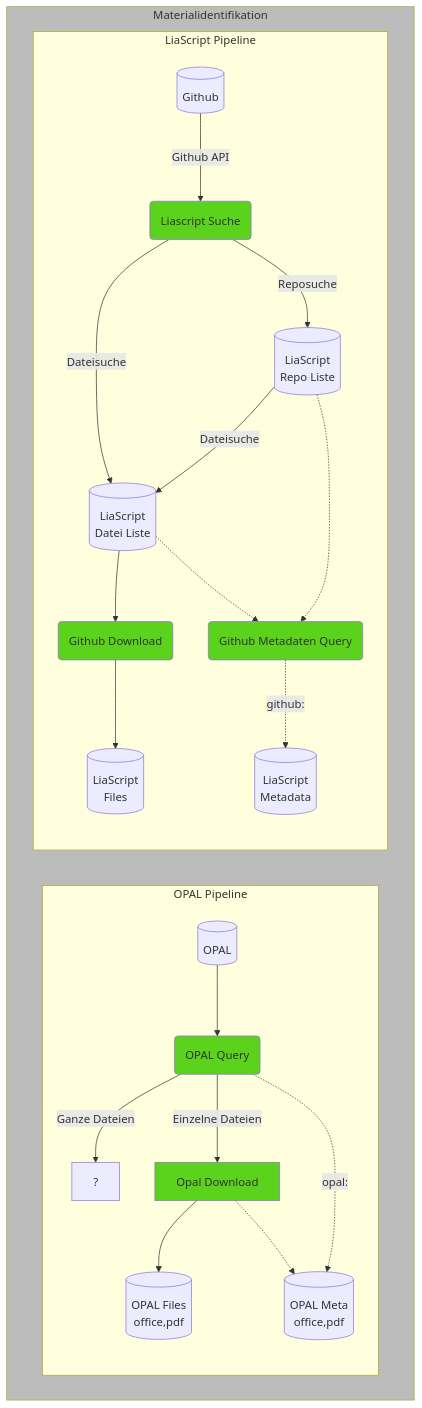
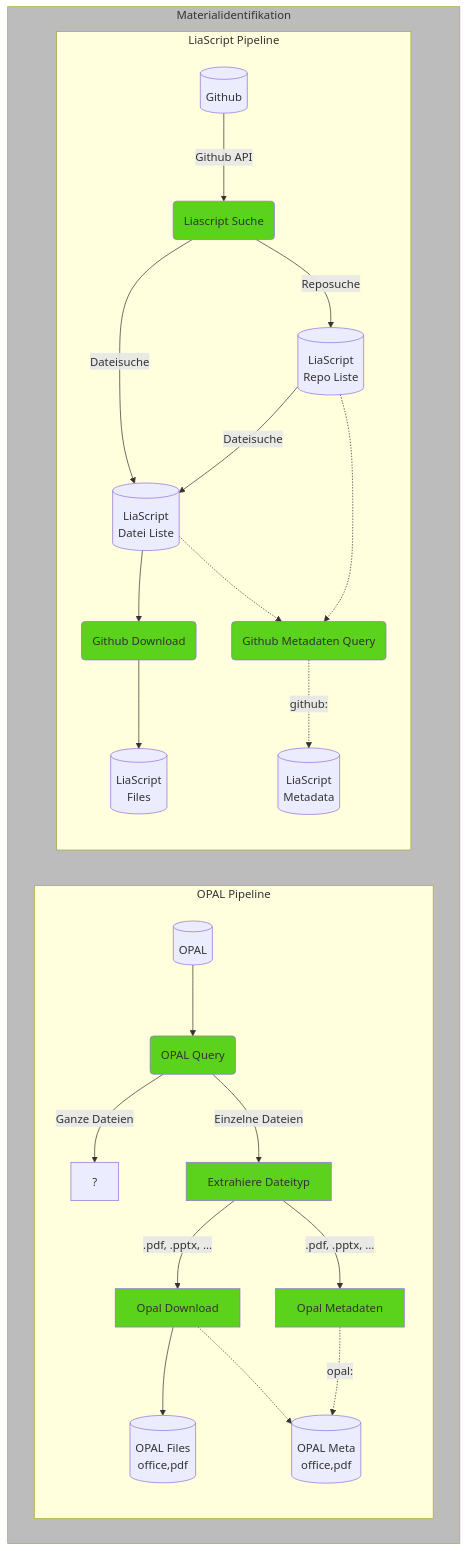
Before and after one commit to TUBAF-IFI-ConnectedLecturer/Data_aggregation: the diagram in README.md, drawn with Mermaid.

````diff
--- a/README.md
+++ b/README.md
@@ -47,37 +47,39 @@
 ```mermaid
 flowchart TD
 
     classDef green fill:#5bd21c
     classDef yellow fill:#ffd966
     classDef gray fill:#bcbcbc
 
     subgraph Materialidentifikation
     subgraph OPAL Pipeline  
     direction TB
     OPAL[(OPAL)] --> OPAL_QUERY(OPAL Query):::green
     OPAL_QUERY --> |Ganze  Dateien| OPAL_REPOS[?]
-    OPAL_QUERY --> |Einzelne Dateien| OPAL_DOWNLOAD[Opal Download]:::green
+    OPAL_QUERY --> |Einzelne Dateien| TYPE_FILTER[Extrahiere Dateityp]:::green
+    TYPE_FILTER -->  |.pdf, .pptx, ... | OPAL_DOWNLOAD[Opal Download]:::green
+    TYPE_FILTER -->  |.pdf, .pptx, ... | EXTRACT_OPAL_META[Opal Metadaten]:::green
     OPAL_DOWNLOAD -->  OPAL_FILES[(OPAL Files\noffice,pdf)]
     OPAL_DOWNLOAD -.->  OPAL_METADATA_FILES[(OPAL Meta\noffice,pdf)]
-    OPAL_QUERY -. opal: .->  OPAL_METADATA_FILES[(OPAL Meta\noffice,pdf)]
+    EXTRACT_OPAL_META -. opal: .->  OPAL_METADATA_FILES[(OPAL Meta\noffice,pdf)]
     end    
 
     subgraph LiaScript Pipeline
     direction TB
     LIA_IDENT(Liascript Suche)
     GITHUB[(Github)] --> |Github API| LIA_IDENT:::green
     LIA_REPOS --> |Dateisuche| LIA_FILES
     LIA_IDENT --> |Dateisuche| LIA_FILES[(LiaScript\nDatei Liste)]
     LIA_IDENT --> |Reposuche| LIA_REPOS[(LiaScript\nRepo Liste)]
 
     LIA_FILES -->  GITHUB_DOWNLOAD(Github Download):::green
     GITHUB_DOWNLOAD -->  LIA_FILES_[(LiaScript\nFiles)]
     LIA_REPOS -.-> FEATURE_EXTRACTION_LIA(Github Metadaten Query)
     FEATURE_EXTRACTION_LIA  -. github: .->  LIA_METADATA_FILES[(LiaScript\nMetadata)]
     LIA_FILES -.-> FEATURE_EXTRACTION_LIA
     FEATURE_EXTRACTION_LIA:::green
     end  
     end
 
     class Materialidentifikation, gray
 ```
````
